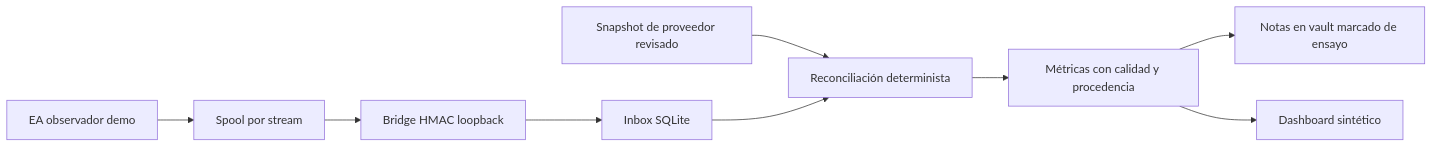
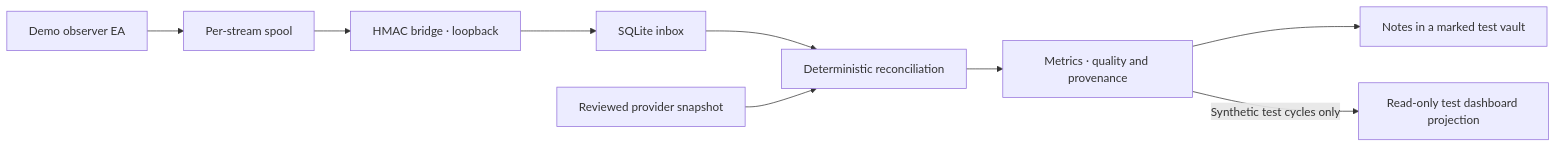
The diagram in README.md (h377ll/vidar-mt5-monitor), drawn with Mermaid before and after one commit. The commit also changed other lines of this file and 4 other files, not shown here.

````diff
--- a/README.md
+++ b/README.md
@@ -11,11 +27,11 @@
 ```mermaid
 flowchart LR
-    EA[EA observador demo] --> S[Spool por stream]
-    S --> B[Bridge HMAC loopback]
-    B --> I[Inbox SQLite]
-    P[Snapshot de proveedor revisado] --> R[Reconciliación determinista]
-    I --> R
-    R --> M[Métricas con calidad y procedencia]
-    M --> V[Notas en vault marcado de ensayo]
-    M --> D[Dashboard sintético]
+    EA["Demo observer EA"] --> S["Per-stream spool"]
+    S --> B["HMAC bridge · loopback"]
+    B --> I["SQLite inbox"]
+    I --> R["Deterministic reconciliation"]
+    P["Reviewed provider snapshot"] --> R
+    R --> M["Metrics · quality and provenance"]
+    M --> V["Notes in a marked test vault"]
+    M -->|"Synthetic test cycles only"| D["Read-only test dashboard projection"]
 ```
````
